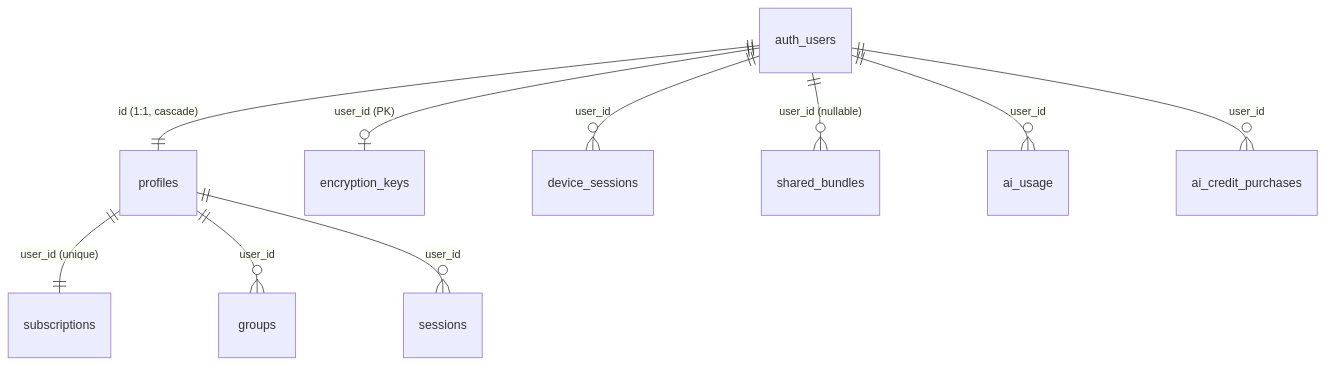
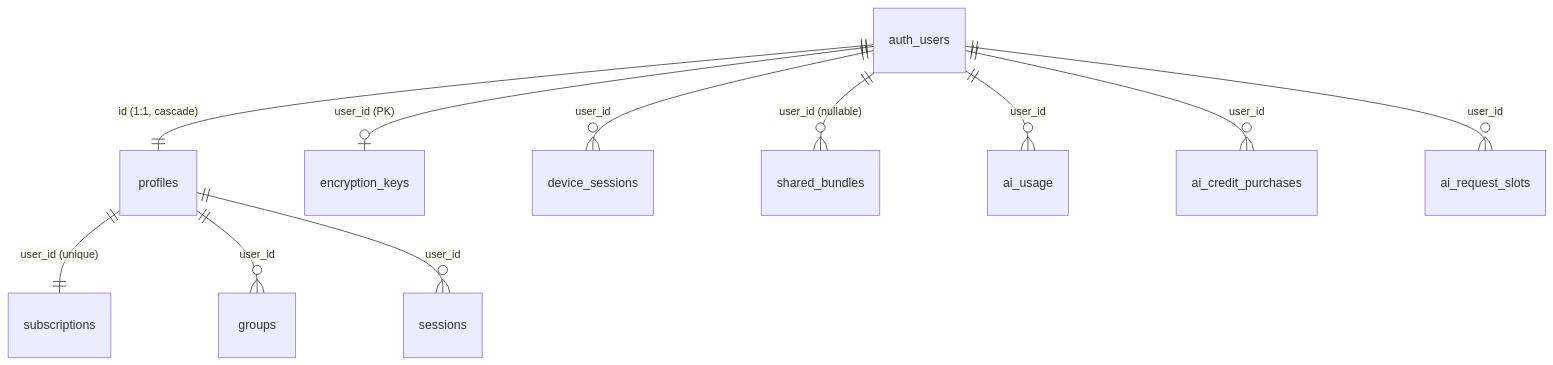
One commit to lbragile/TabMerger changed the diagram in docs/database-schema.md. Above: the diagram before and after it, drawn with Mermaid. The commit also changed other lines of this file and 12 other files, not shown here.

````diff
--- a/docs/database-schema.md
+++ b/docs/database-schema.md
@@ -251,12 +278,13 @@
 ```mermaid
 erDiagram
     auth_users ||--|| profiles : "id (1:1, cascade)"
     profiles ||--|| subscriptions : "user_id (unique)"
     profiles ||--o{ groups : "user_id"
     profiles ||--o{ sessions : "user_id"
     auth_users ||--o| encryption_keys : "user_id (PK)"
     auth_users ||--o{ device_sessions : "user_id"
     auth_users ||--o{ shared_bundles : "user_id (nullable)"
     auth_users ||--o{ ai_usage : "user_id"
     auth_users ||--o{ ai_credit_purchases : "user_id"
+    auth_users ||--o{ ai_request_slots : "user_id"
 ```
````
